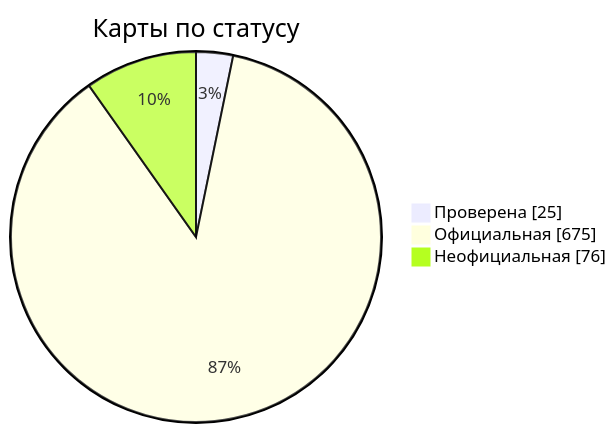
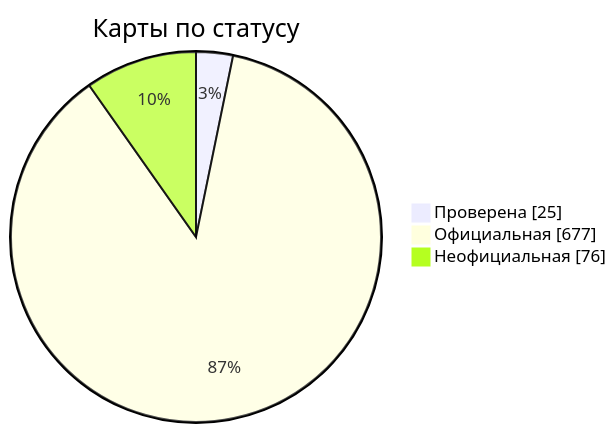
The diagram in docs/readme/README_RU.md (nobrega8/mbmap-library), drawn with Mermaid before and after one commit. The commit also changed 7 other files, not shown here.

````diff
--- a/docs/readme/README_RU.md
+++ b/docs/readme/README_RU.md
@@ -54,7 +54,7 @@
 ```mermaid
 pie showData
     title Карты по статусу
     "Проверена" : 25
-    "Официальная" : 675
+    "Официальная" : 677
     "Неофициальная" : 76
 ```
````
